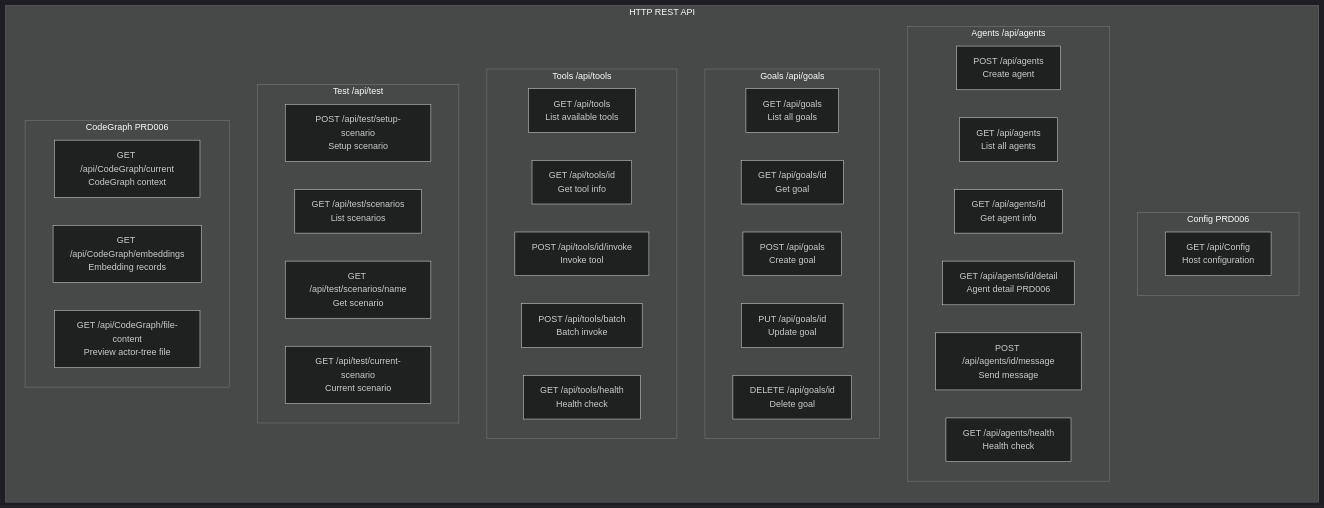
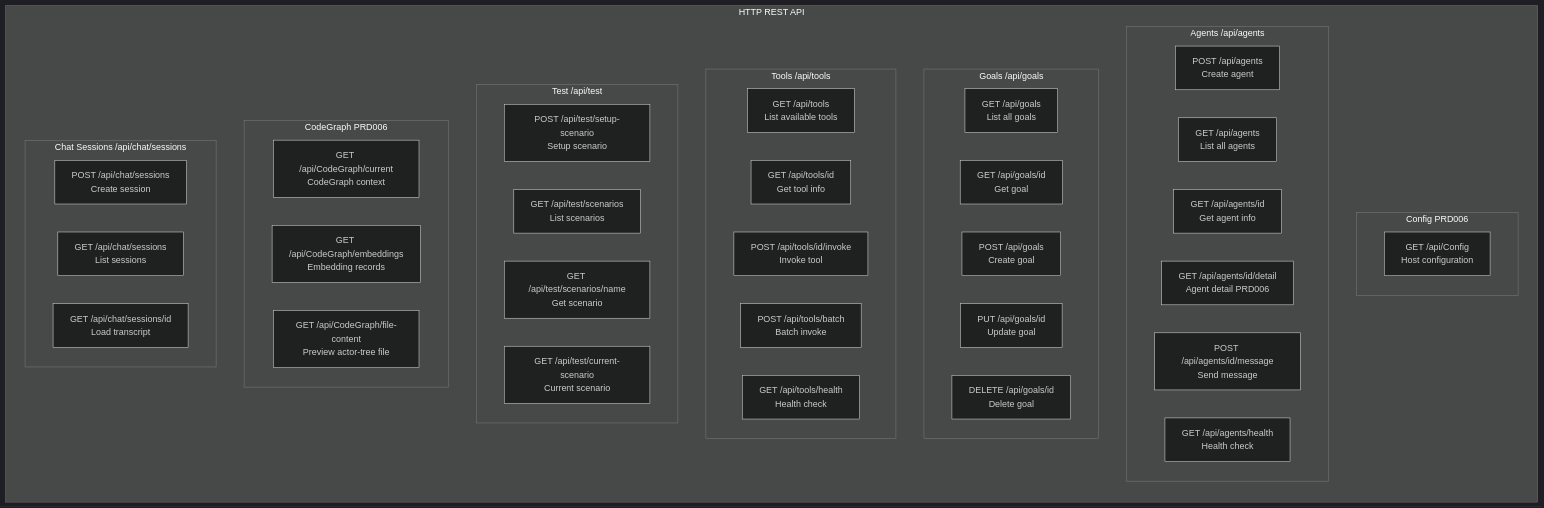
One commit to rahamohebbi/Agctor changed the diagram in AgctorSDK.Host/docs/endpoints-diagram.mmd. Above: the diagram before and after it, drawn with Mermaid (dark theme). The commit also changed 35 other files, not shown here.

First line of the commit message:
Introduces session memory and persistent chat history

```diff
--- a/AgctorSDK.Host/docs/endpoints-diagram.mmd
+++ b/AgctorSDK.Host/docs/endpoints-diagram.mmd
@@ -1,44 +1,50 @@
 graph LR
     subgraph "HTTP REST API"
         subgraph "Config PRD006"
             GetConfig["GET /api/Config<br/>Host configuration"]
         end
 
         subgraph "Agents /api/agents"
             CreateAgent["POST /api/agents<br/>Create agent"]
             ListAgents["GET /api/agents<br/>List all agents"]
             GetAgent["GET /api/agents/id<br/>Get agent info"]
             GetAgentDetail["GET /api/agents/id/detail<br/>Agent detail PRD006"]
             SendMsg["POST /api/agents/id/message<br/>Send message"]
             AgentHealth["GET /api/agents/health<br/>Health check"]
         end
 
         subgraph "Goals /api/goals"
             ListGoals["GET /api/goals<br/>List all goals"]
             GetGoal["GET /api/goals/id<br/>Get goal"]
             CreateGoal["POST /api/goals<br/>Create goal"]
             UpdateGoal["PUT /api/goals/id<br/>Update goal"]
             DeleteGoal["DELETE /api/goals/id<br/>Delete goal"]
         end
 
         subgraph "Tools /api/tools"
             ListTools["GET /api/tools<br/>List available tools"]
             GetTool["GET /api/tools/id<br/>Get tool info"]
             InvokeTool["POST /api/tools/id/invoke<br/>Invoke tool"]
             BatchInvoke["POST /api/tools/batch<br/>Batch invoke"]
             ToolHealth["GET /api/tools/health<br/>Health check"]
         end
 
         subgraph "Test /api/test"
             SetupScenario["POST /api/test/setup-scenario<br/>Setup scenario"]
             ListScenarios["GET /api/test/scenarios<br/>List scenarios"]
             GetScenario["GET /api/test/scenarios/name<br/>Get scenario"]
             CurrentScenario["GET /api/test/current-scenario<br/>Current scenario"]
         end
 
         subgraph "CodeGraph PRD006"
             GetCodeGraph["GET /api/CodeGraph/current<br/>CodeGraph context"]
             GetEmbeddings["GET /api/CodeGraph/embeddings<br/>Embedding records"]
             GetFileContent["GET /api/CodeGraph/file-content<br/>Preview actor-tree file"]
         end
+
+        subgraph "Chat Sessions /api/chat/sessions"
+            CreateChatSession["POST /api/chat/sessions<br/>Create session"]
+            ListChatSessions["GET /api/chat/sessions<br/>List sessions"]
+            GetChatSession["GET /api/chat/sessions/id<br/>Load transcript"]
+        end
     end
```
